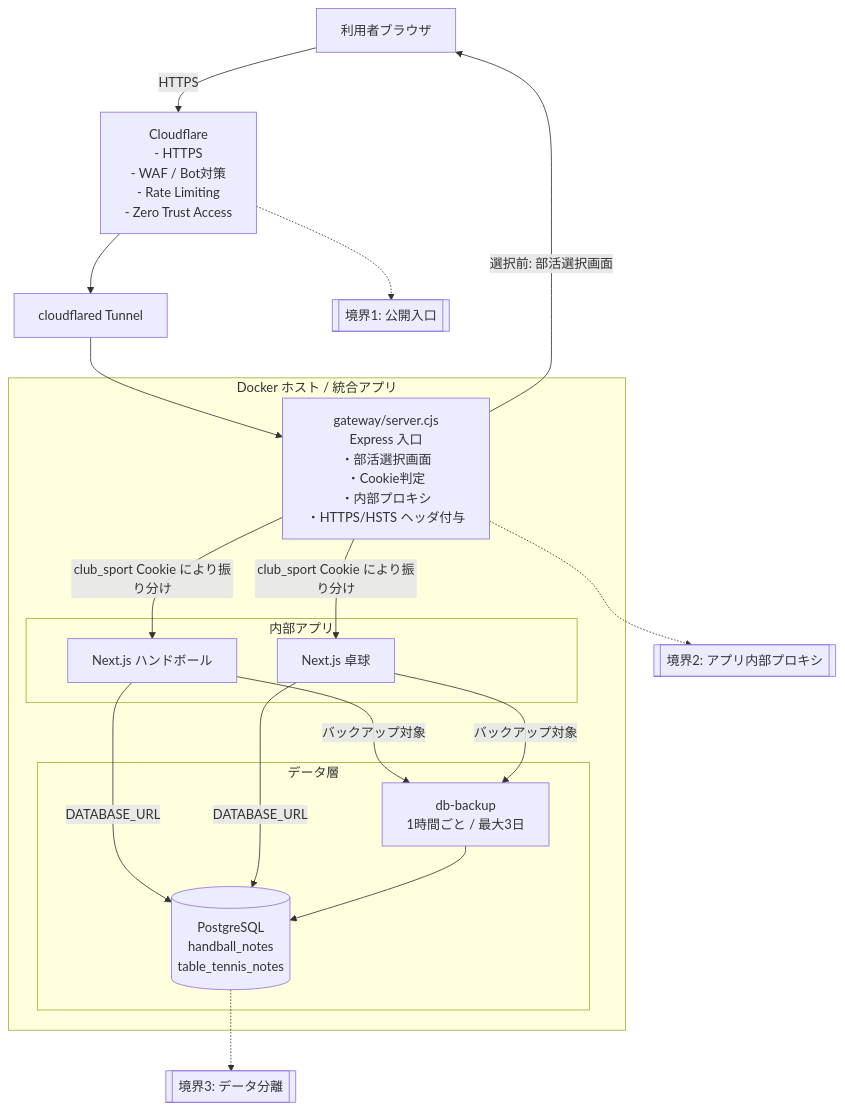
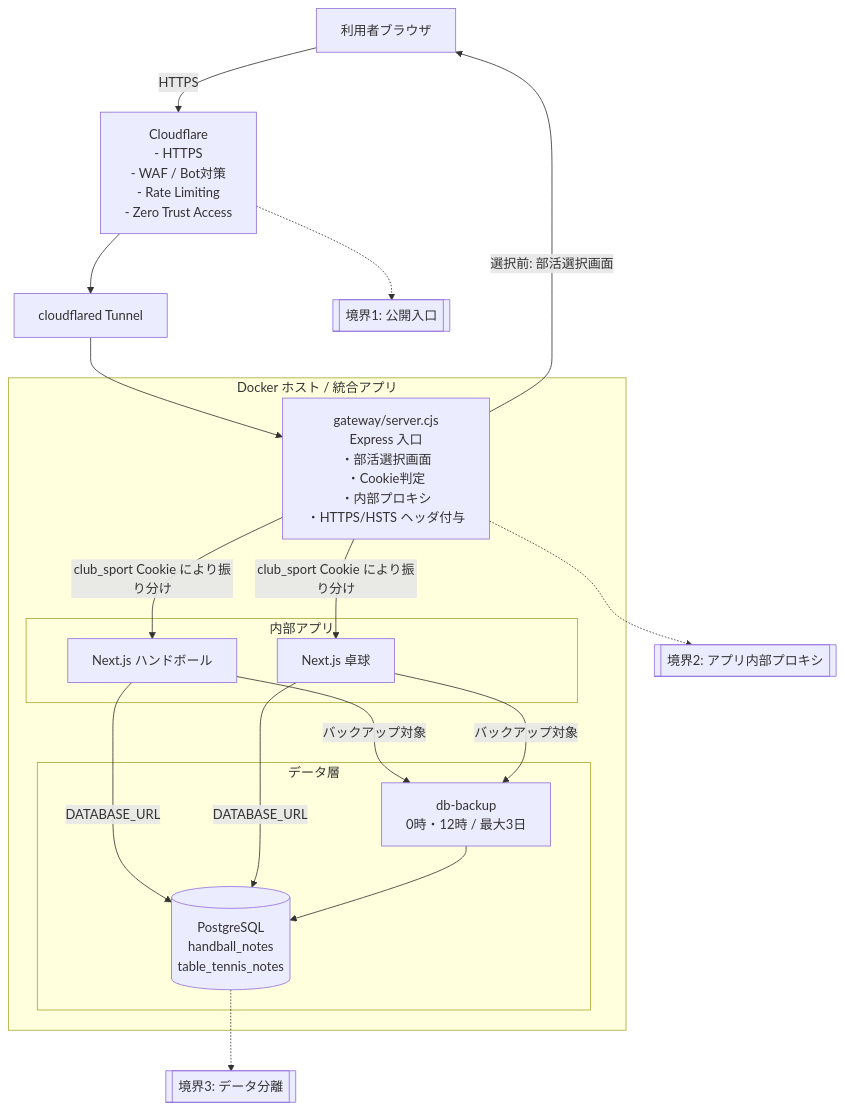
Before and after one commit to TsugeYuki-EE/toyota_kosen_club_activities: the diagram in docs/system-architecture-security.md, drawn with Mermaid. The commit also changed 3 other files, not shown here.

````diff
--- a/docs/system-architecture-security.md
+++ b/docs/system-architecture-security.md
@@ -7,53 +7,52 @@
 ```mermaid
 flowchart TB
   %% External zone
   user[利用者ブラウザ]
   cf[Cloudflare
   - HTTPS
   - WAF / Bot対策
   - Rate Limiting
   - Zero Trust Access]
   tunnel[cloudflared Tunnel]
 
   %% App gateway boundary
   subgraph host[Docker ホスト / 統合アプリ]
     gateway[gateway/server.cjs
 Express 入口
 ・部活選択画面
 ・Cookie判定
 ・内部プロキシ
 ・HTTPS/HSTS ヘッダ付与]
 
     subgraph apps[内部アプリ]
       handball[Next.js ハンドボール]
       tabletennis[Next.js 卓球]
     end
 
     subgraph data[データ層]
       postgres[(PostgreSQL
 handball_notes
 table_tennis_notes)]
-      backup[db-backup
-1時間ごと / 最大3日]
+      backup[db-backup<br/>0時・12時 / 最大3日]
     end
   end
 
   user -->|HTTPS| cf --> tunnel --> gateway
   gateway -->|選択前: 部活選択画面| user
   gateway -->|club_sport Cookie により振り分け| handball
   gateway -->|club_sport Cookie により振り分け| tabletennis
   handball -->|DATABASE_URL| postgres
   tabletennis -->|DATABASE_URL| postgres
   handball -->|バックアップ対象| backup
   tabletennis -->|バックアップ対象| backup
   backup --> postgres
 
   %% Security annotations
   sec1[[境界1: 公開入口]]
   sec2[[境界2: アプリ内部プロキシ]]
   sec3[[境界3: データ分離]]
 
   cf -.-> sec1
   gateway -.-> sec2
   postgres -.-> sec3
 ```
````
